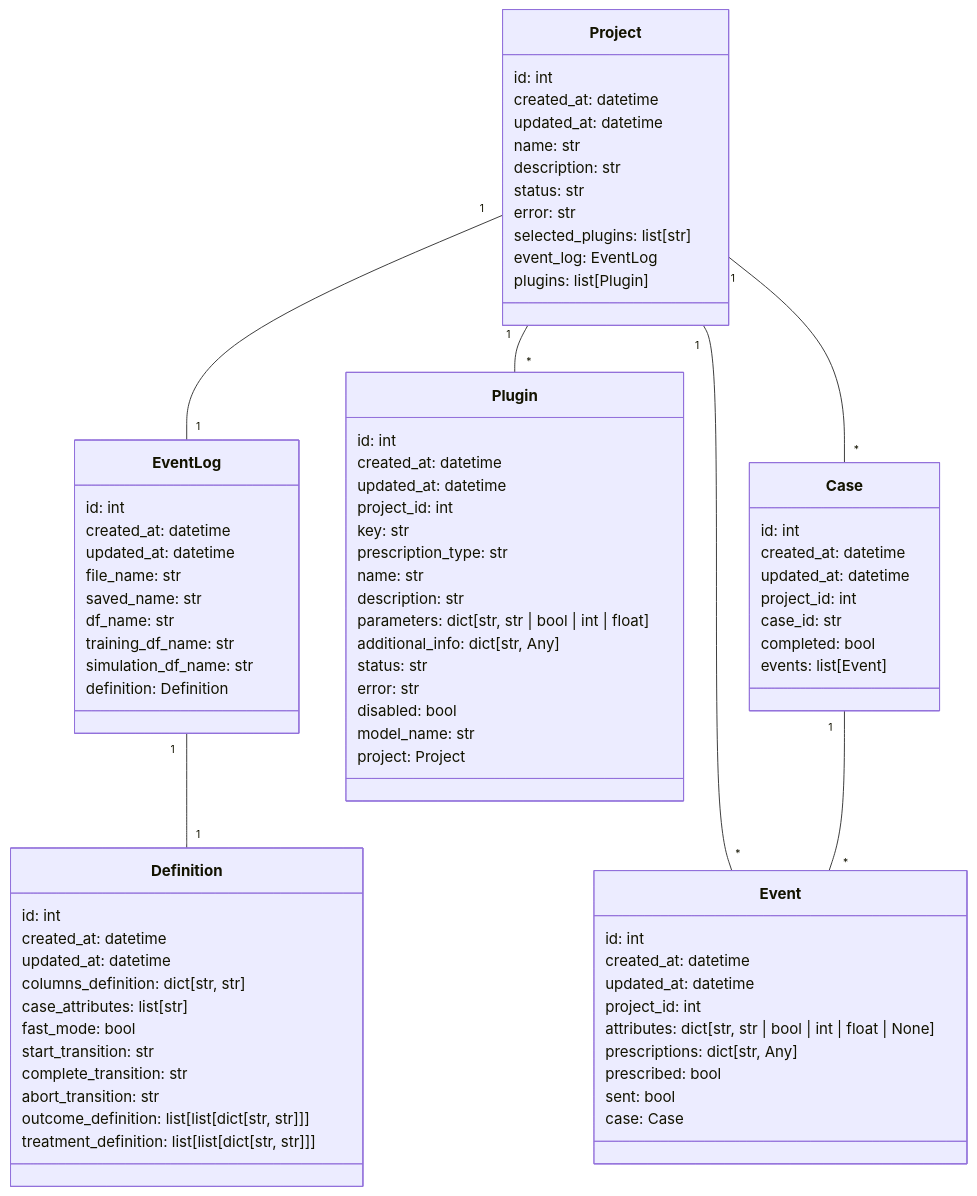
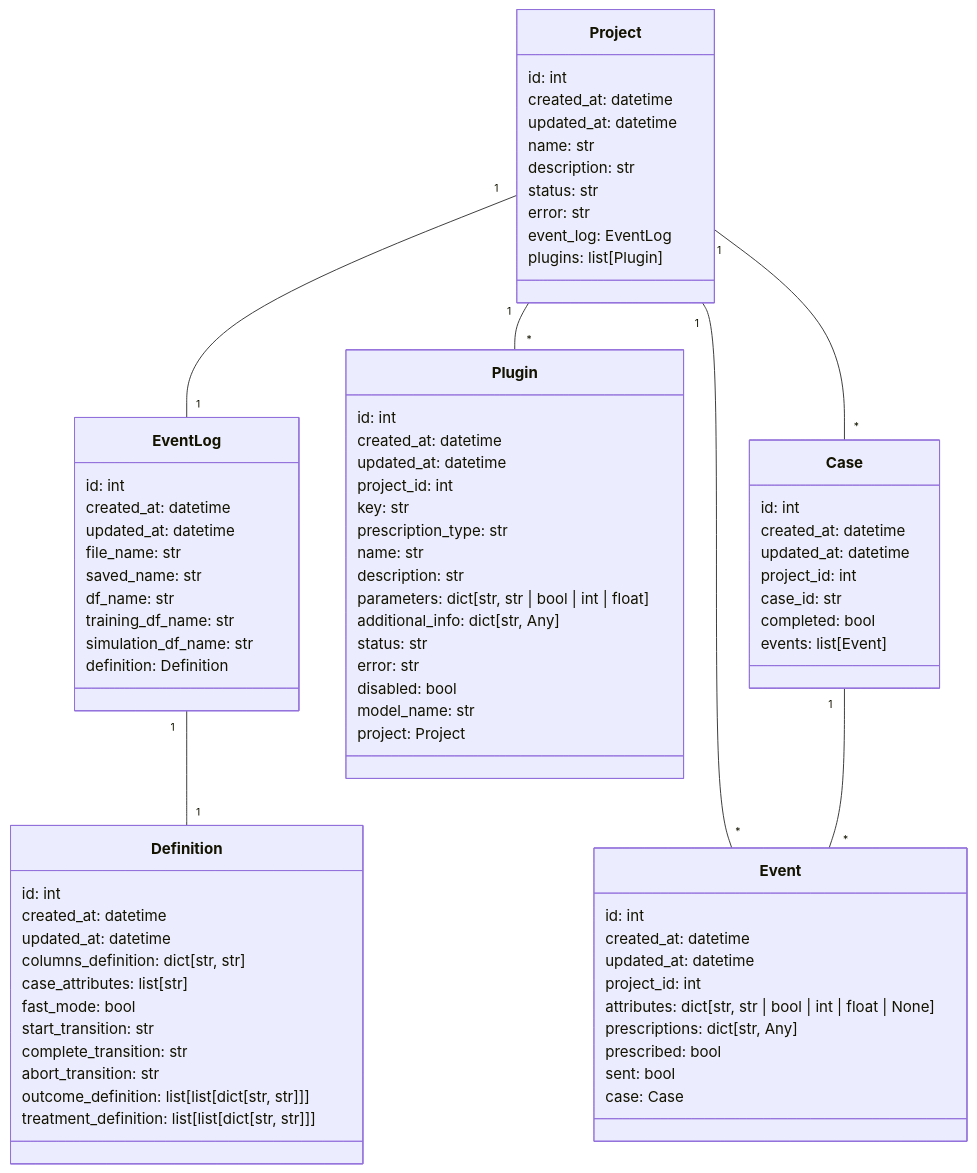
The diagram in content/en/development/core/class-diagram.md (prcore/docs), drawn with Mermaid before and after one commit. The commit also changed 1 other file, not shown here.

Commit message:
Site updated R 24 märts 2023 15:26:30 EET ...

```diff
--- a/content/en/development/core/class-diagram.md
+++ b/content/en/development/core/class-diagram.md
@@ -49,7 +49,6 @@
         description: str
         status: str
         error: str
-        selected_plugins: list[str]
         event_log: EventLog
         plugins: list[Plugin]
     }
```
